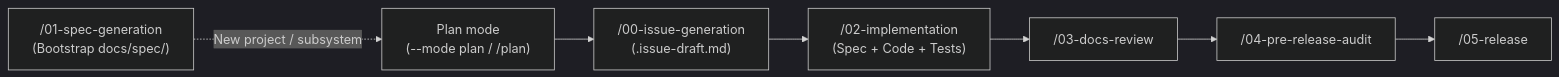
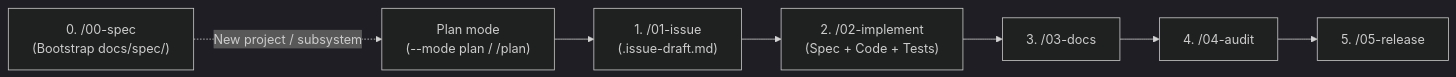
Before and after one commit to bvarnai/agent-standards: the diagram in README.md, drawn with Mermaid (dark theme). The commit also changed other lines of this file and 11 other files, not shown here.

````diff
--- a/README.md
+++ b/README.md
@@ -11,13 +11,13 @@
 ```mermaid
 flowchart LR
-    Spec["/01-spec-generation<br/>(Bootstrap docs/spec/)"]
+    Spec["0. /00-spec<br/>(Bootstrap docs/spec/)"]
     Plan["Plan mode<br/>(--mode plan / /plan)"]
-    Issue["/00-issue-generation<br/>(.issue-draft.md)"]
-    Code["/02-implementation<br/>(Spec + Code + Tests)"]
-    Docs["/03-docs-review"]
-    Audit["/04-pre-release-audit"]
-    Release["/05-release"]
+    Issue["1. /01-issue<br/>(.issue-draft.md)"]
+    Code["2. /02-implement<br/>(Spec + Code + Tests)"]
+    Docs["3. /03-docs"]
+    Audit["4. /04-audit"]
+    Release["5. /05-release"]
 
     Spec -.->|"New project / subsystem"| Plan
     Plan --> Issue --> Code --> Docs --> Audit --> Release
 ```
````
